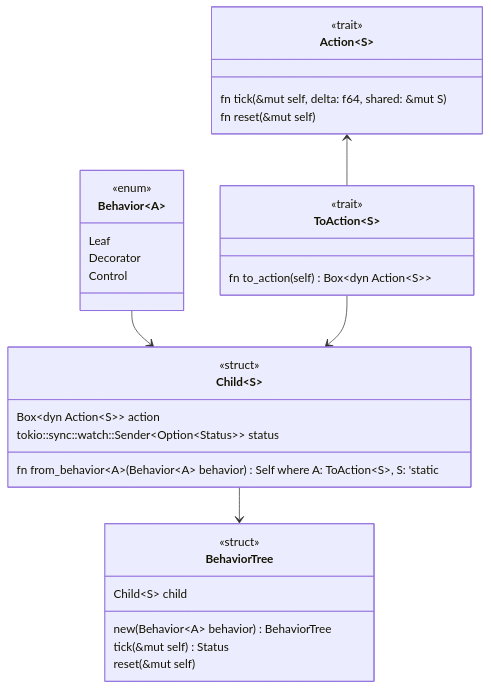
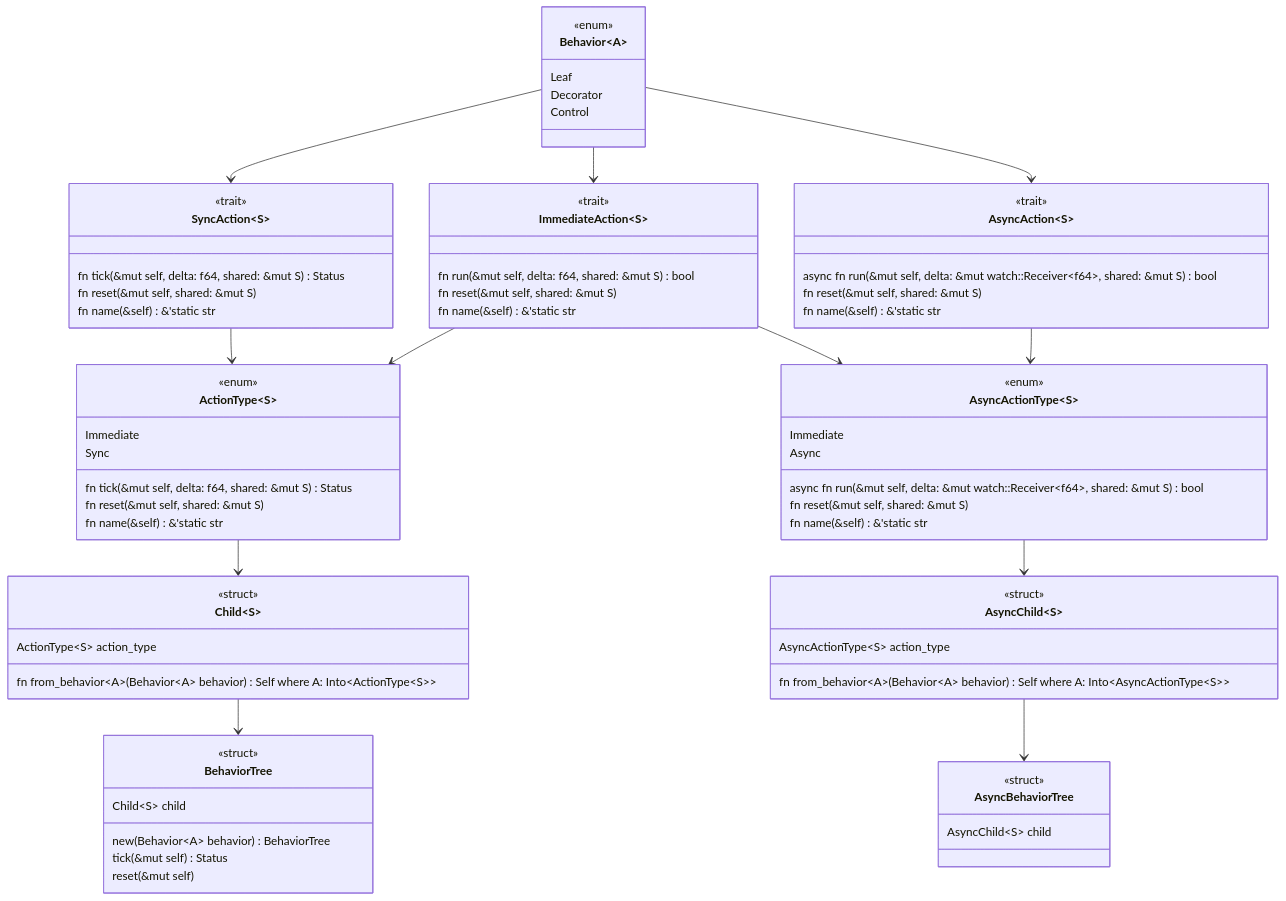
The diagram in README.md (coder137/behaviortree-rs), drawn with Mermaid before and after one commit. The commit also changed other lines of this file and 24 other files, not shown here.

First line of the commit message:
Immediate action: BehaviorTree and AsyncBehaviorTree (#20)

````diff
--- a/README.md
+++ b/README.md
@@ -3,11 +3,5 @@
 ```mermaid
 classDiagram
-
-class Action~S~ {
-    <<trait>>
-    fn tick(&mut self, delta: f64, shared: &mut S)
-    fn reset(&mut self)
-}
 
 class Behavior~A~ {
     <<enum>>
@@ -16,17 +10,59 @@
     Control
 }
 
-class ToAction~S~ {
+class ImmediateAction~S~ {
     <<trait>>
-    fn to_action(self) Box~dyn Action~S~~
+    fn run(&mut self, delta: f64, shared: &mut S) bool
+    fn reset(&mut self, shared: &mut S)
+    fn name(&self) &'static str
+}
+
+class SyncAction~S~ {
+    <<trait>>
+    fn tick(&mut self, delta: f64, shared: &mut S) Status
+    fn reset(&mut self, shared: &mut S)
+    fn name(&self) &'static str
+}
+
+class AsyncAction~S~ {
+    <<trait>>
+    async fn run(&mut self, delta: &mut watch::Receiver~f64~, shared: &mut S) bool
+    fn reset(&mut self, shared: &mut S)
+    fn name(&self) &'static str
+}
+
+class ActionType~S~ {
+    <<enum>>
+    Immediate
+    Sync
+
+    fn tick(&mut self, delta: f64, shared: &mut S) Status
+    fn reset(&mut self, shared: &mut S)
+    fn name(&self) &'static str
+}
+
+class AsyncActionType~S~ {
+    <<enum>>
+    Immediate
+    Async
+
+    async fn run(&mut self, delta: &mut watch::Receiver~f64~, shared: &mut S) bool
+    fn reset(&mut self, shared: &mut S)
+    fn name(&self) &'static str
 }
 
 class Child~S~ {
     <<struct>>
-    Box~dyn Action~S~~ action
-    tokio::sync::watch::Sender~Option~Status~~ status
+    ActionType~S~ action_type
 
-    fn from_behavior~A~(Behavior~A~ behavior) Self where A: ToAction~S~, S: 'static
+    fn from_behavior~A~(Behavior~A~ behavior) Self where A: Into~ActionType~S~~
+}
+
+class AsyncChild~S~ {
+    <<struct>>
+    AsyncActionType~S~ action_type
+
+    fn from_behavior~A~(Behavior~A~ behavior) Self where A: Into~AsyncActionType~S~~
 }
 
 class BehaviorTree {
@@ -38,8 +74,23 @@
     reset(&mut self)
 }
 
-Behavior --> Child
-Action <-- ToAction
-ToAction --> Child
+class AsyncBehaviorTree {
+    <<struct>>
+    AsyncChild~S~ child
+}
+
+Behavior --> ImmediateAction
+Behavior --> SyncAction
+Behavior --> AsyncAction
+
+SyncAction --> ActionType
+ImmediateAction --> ActionType
+ImmediateAction --> AsyncActionType
+AsyncAction --> AsyncActionType
+
+ActionType --> Child
 Child --> BehaviorTree
+
+AsyncActionType --> AsyncChild
+AsyncChild --> AsyncBehaviorTree
 ```
````
